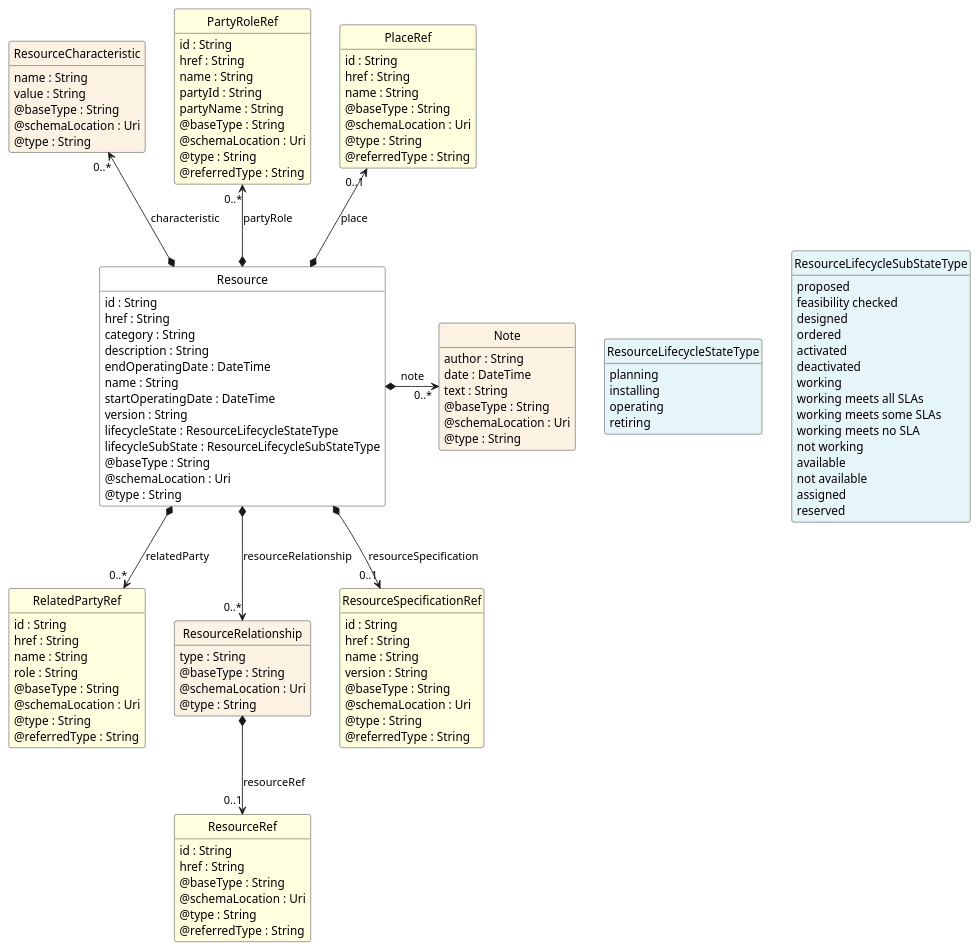
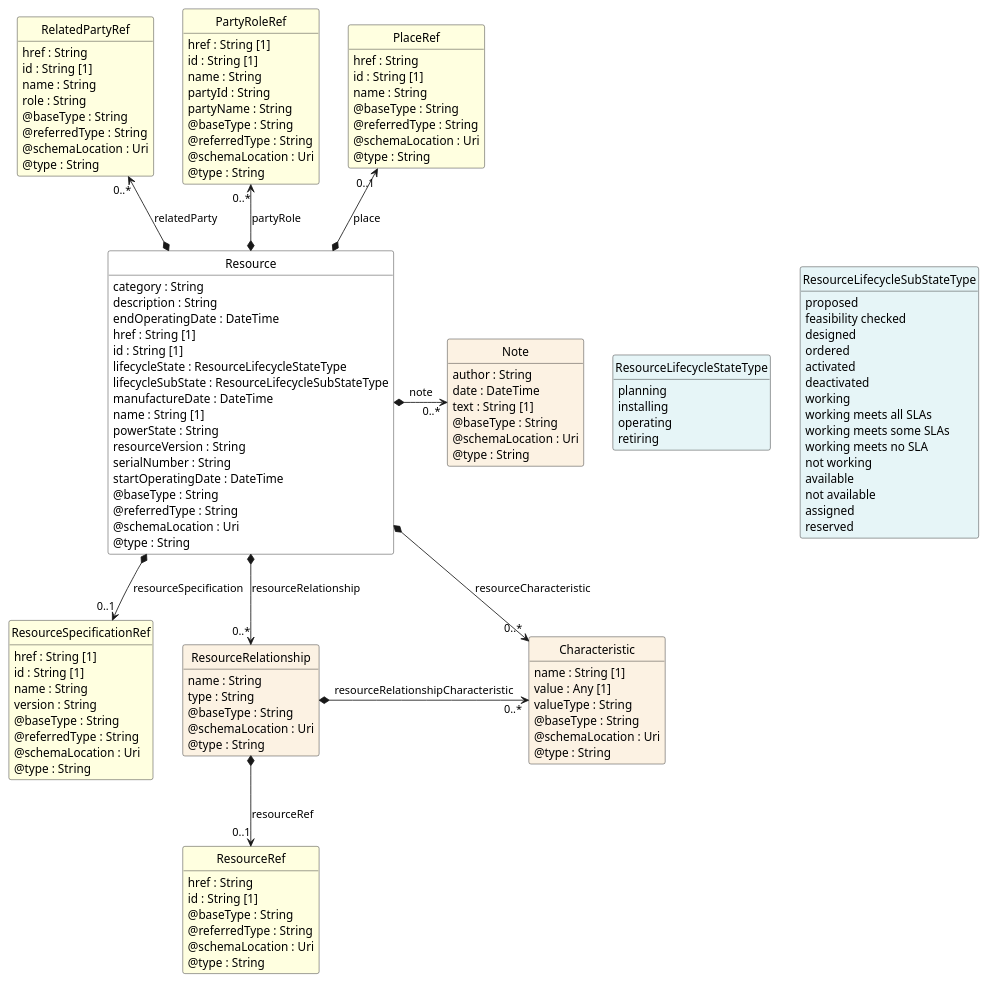
Before and after one commit to thobraun11/TMF639_Resource_Inventory: the diagram in documentation/diagrams/Resource_Resource.puml, drawn with PlantUML. The commit also changed 16 other files, not shown here.

```diff
--- a/documentation/diagrams/Resource_Resource.puml
+++ b/documentation/diagrams/Resource_Resource.puml
@@ -1,171 +1,161 @@
 @startuml
 hide circle
 hide methods
 hide stereotype
 show <<Enumeration>> stereotype
 skinparam class {
    BackgroundColor<<Enumeration>> #E6F5F7
    BackgroundColor<<Ref>> #FFFFE0
    BackgroundColor<<Pivot>> #FFFFFFF
    BackgroundColor #FCF2E3
 }
 
-class Resource <<Pivot>> {
-    id : String
-    href : String
+class Resource  <<Pivot>> {
     category : String
     description : String
     endOperatingDate : DateTime
-    name : String
-    startOperatingDate : DateTime
-    version : String
+    href : String [1]
+    id : String [1]
     lifecycleState : ResourceLifecycleStateType
     lifecycleSubState : ResourceLifecycleSubStateType
+    manufactureDate : DateTime
+    name : String [1]
+    powerState : String
+    resourceVersion : String
+    serialNumber : String
+    startOperatingDate : DateTime
     @baseType : String
+    @referredType : String
     @schemaLocation : Uri
     @type : String
 }
 
 class ResourceLifecycleStateType <<Enumeration>> {
     planning
     installing
     operating
     retiring
 }
 
 class ResourceLifecycleSubStateType <<Enumeration>> {
     proposed
     feasibility checked
     designed
     ordered
     activated
     deactivated
     working
     working meets all SLAs
     working meets some SLAs
     working meets no SLA
     not working
     available
     not available
     assigned
     reserved
 }
 
-
-class ResourceCharacteristic {
-    name : String
-    value : String
+class Note  {
+    author : String
+    date : DateTime
+    text : String [1]
     @baseType : String
     @schemaLocation : Uri
     @type : String
 }
 
-class Note {
-    author : String
-    date : DateTime
-    text : String
+class ResourceSpecificationRef  <<Ref>> {
+    href : String [1]
+    id : String [1]
+    name : String
+    version : String
+    @baseType : String
+    @referredType : String
+    @schemaLocation : Uri
+    @type : String
+}
+
+class Characteristic  {
+    name : String [1]
+    value : Any [1]
+    valueType : String
     @baseType : String
     @schemaLocation : Uri
     @type : String
 }
 
-class PartyRoleRef <<Ref>> {
-    id : String
+class RelatedPartyRef  <<Ref>> {
     href : String
+    id : String [1]
+    name : String
+    role : String
+    @baseType : String
+    @referredType : String
+    @schemaLocation : Uri
+    @type : String
+}
+
+class PartyRoleRef  <<Ref>> {
+    href : String [1]
+    id : String [1]
     name : String
     partyId : String
     partyName : String
     @baseType : String
+    @referredType : String
     @schemaLocation : Uri
     @type : String
-    @referredType : String
 }
 
-class PlaceRef <<Ref>> {
-    id : String
-    href : String
+class ResourceRelationship  {
     name : String
-    @baseType : String
-    @schemaLocation : Uri
-    @type : String
-    @referredType : String
-}
-
-class RelatedPartyRef <<Ref>> {
-    id : String
-    href : String
-    name : String
-    role : String
-    @baseType : String
-    @schemaLocation : Uri
-    @type : String
-    @referredType : String
-}
-
-class ResourceRelationship {
     type : String
     @baseType : String
     @schemaLocation : Uri
     @type : String
 }
 
-class ResourceRef <<Ref>> {
-    id : String
+class ResourceRef  <<Ref>> {
     href : String
+    id : String [1]
     @baseType : String
+    @referredType : String
     @schemaLocation : Uri
     @type : String
-    @referredType : String
 }
 
-class ResourceSpecificationRef <<Ref>> {
-    id : String
+class PlaceRef  <<Ref>> {
     href : String
+    id : String [1]
     name : String
-    version : String
     @baseType : String
+    @referredType : String
     @schemaLocation : Uri
     @type : String
-    @referredType : String
 }
 
+Resource -right[hidden]-> ResourceLifecycleStateType
 
-'processing edges for Resource
-Resource -right[hidden]-> ResourceLifecycleStateType
 ResourceLifecycleStateType -right[hidden]-> ResourceLifecycleSubStateType
-'have placed enums for Resource
+
+Resource *-->  "0..*" Characteristic : resourceCharacteristic
+
+Resource *-->  "0..*" ResourceRelationship : resourceRelationship
+
+ResourceRelationship *-right-> "0..*" Characteristic : resourceRelationshipCharacteristic
+
 Note "0..*" <-left-* Resource : note
-' rule: L01
-ResourceCharacteristic "0..*" <--* Resource : characteristic
-' rule: General above rule - direction: right
+
+PlaceRef "0..1" <--* Resource : place
+
 PartyRoleRef "0..*" <--* Resource : partyRole
-' rule: General above rule - direction: right
-PlaceRef "0..1" <--* Resource : place
-' rule: General above rule - direction: right
-Resource *-->  "0..*" RelatedPartyRef : relatedParty
-' rule: General below rule - either none already or unable to place left / right of currently placed
-Resource *-->  "0..*" ResourceRelationship : resourceRelationship
-' rule: General below rule - either none already or unable to place left / right of currently placed
+
+RelatedPartyRef "0..*" <--* Resource : relatedParty
+
 Resource *-->  "0..1" ResourceSpecificationRef : resourceSpecification
-' rule: General below rule - either none already or unable to place left / right of currently placed
-'completed processing of edges for Resource
 
-'processing edges for ResourceCharacteristic
+Characteristic <-left[hidden]- ResourceSpecificationRef
 
-'processing edges for Note
+ResourceRelationship *-->  "0..1" ResourceRef : resourceRef
 
-'processing edges for PartyRoleRef
-
-'processing edges for PlaceRef
-
-'processing edges for RelatedPartyRef
-
-'processing edges for ResourceRelationship
-ResourceRelationship *-->  "0..1" ResourceRef : resourceRef
-' rule: General below rule - either none already or unable to place left / right of currently placed
-'completed processing of edges for ResourceRelationship
-
-'processing edges for ResourceRef
-
-'processing edges for ResourceSpecificationRef
 @enduml
```
